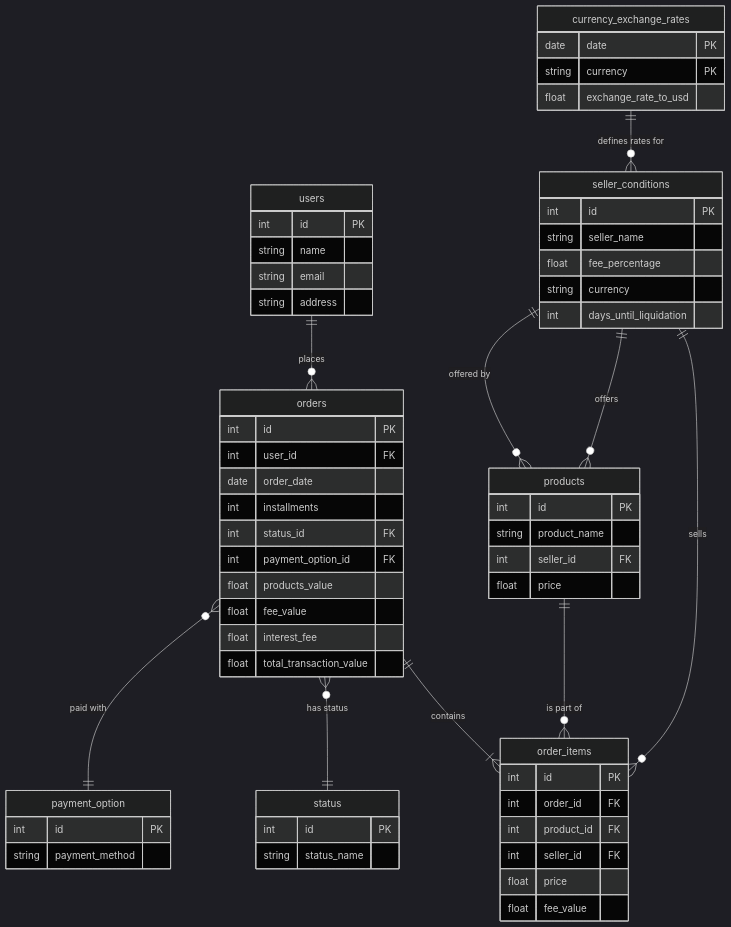
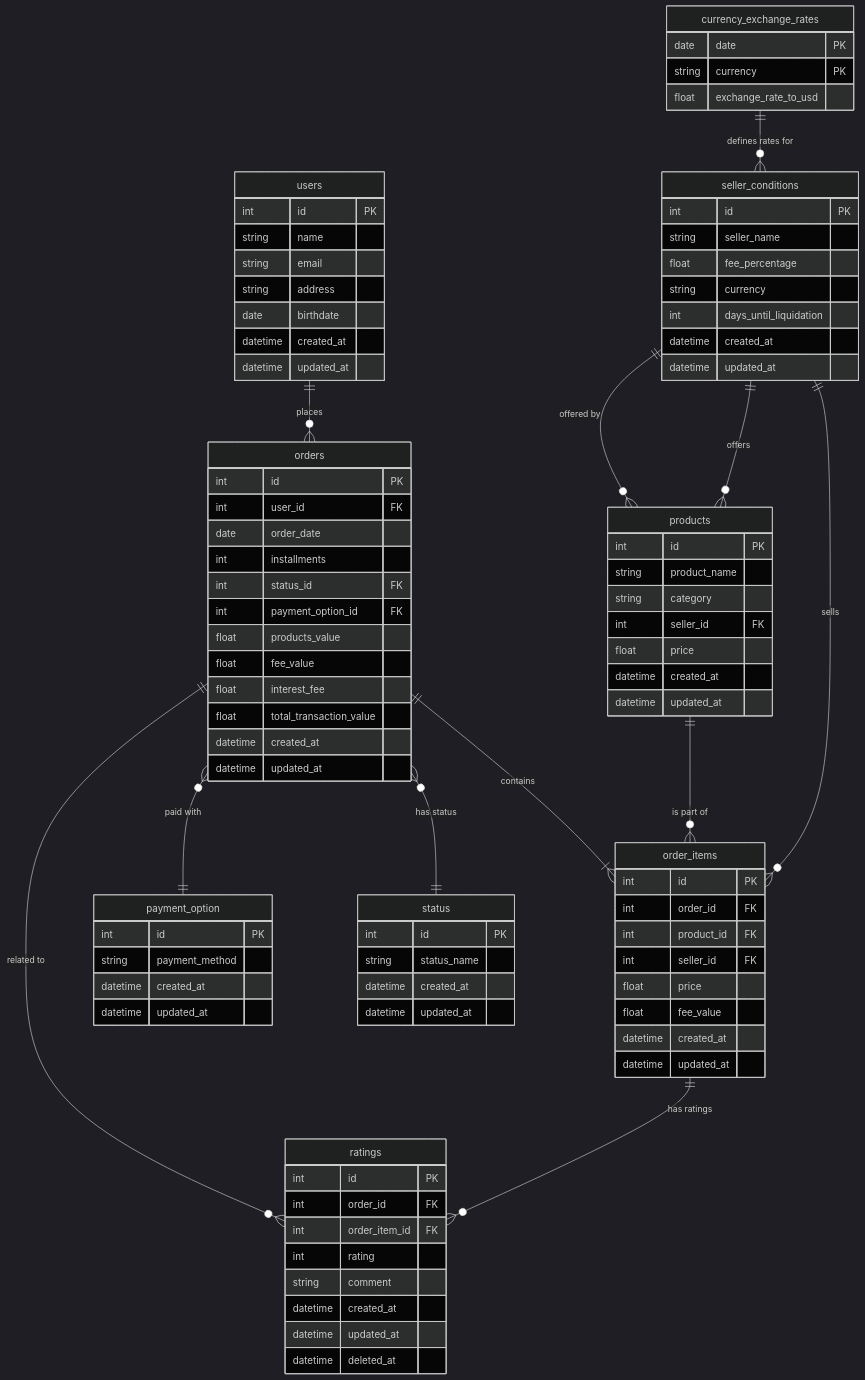
Before and after one commit to Daniel-Wata/dbt_sales_proj: the first of 2 diagrams in README.md, drawn with Mermaid (dark theme). The commit also changed 17 other files, not shown here.

Commit message:
updated schema and added ratings table

````diff
--- a/README.md
+++ b/README.md
@@ -57,6 +57,9 @@
         string name
         string email
         string address
+        date birthdate
+        datetime created_at
+        datetime updated_at
     }
     seller_conditions {
         int id PK
@@ -64,12 +67,17 @@
         float fee_percentage
         string currency
         int days_until_liquidation
+        datetime created_at
+        datetime updated_at
     }
     products {
         int id PK
         string product_name
+        string category
         int seller_id FK
         float price
+        datetime created_at
+        datetime updated_at
     }
     orders {
         int id PK
@@ -82,6 +90,8 @@
         float fee_value
         float interest_fee
         float total_transaction_value
+        datetime created_at
+        datetime updated_at
     }
     order_items {
         int id PK
@@ -90,6 +100,18 @@
         int seller_id FK
         float price
         float fee_value
+        datetime created_at
+        datetime updated_at
+    }
+    ratings {
+        int id PK
+        int order_id FK
+        int order_item_id FK
+        int rating
+        string comment
+        datetime created_at
+        datetime updated_at
+        datetime deleted_at
     }
     currency_exchange_rates {
         date date PK
@@ -99,10 +121,14 @@
     status {
         int id PK
         string status_name
+        datetime created_at
+        datetime updated_at
     }
     payment_option {
         int id PK
         string payment_method
+        datetime created_at
+        datetime updated_at
     }
 
     users ||--o{ orders : places
@@ -114,4 +140,6 @@
     currency_exchange_rates ||--o{ seller_conditions : "defines rates for"
     orders }o--|| status : "has status"
     orders }o--|| payment_option : "paid with"
+    order_items ||--o{ ratings : "has ratings"
+    orders ||--o{ ratings : "related to"
 ```
````
